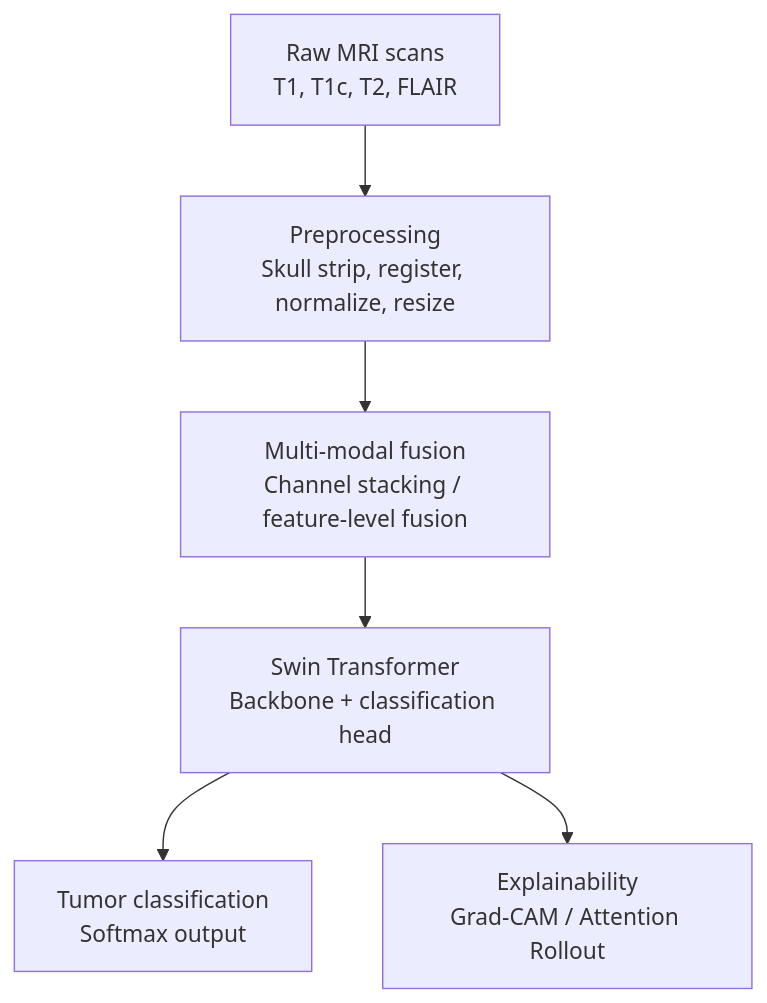
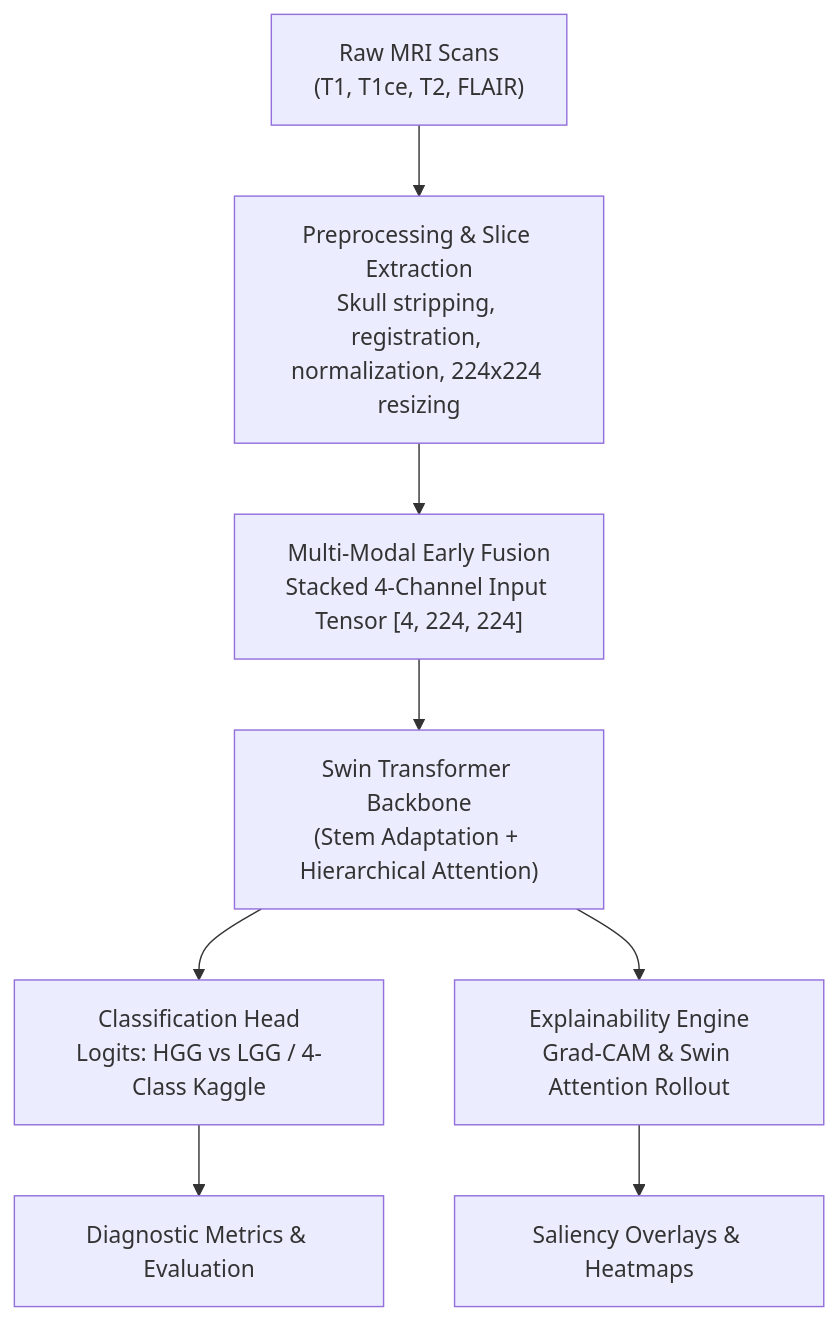
Before and after one commit to krithik9806/Explainable_Brain_Tumor_Diagnosis_Using_Vision_Transformers_and_Multi-Modal_MRI_Fusion: the diagram in README.md, drawn with Mermaid. The commit also changed other lines of this file, not shown here.

````diff
--- a/README.md
+++ b/README.md
@@ -63,8 +65,10 @@
 ```mermaid
 flowchart TD
-    A[Raw MRI scans<br/>T1, T1c, T2, FLAIR] --> B[Preprocessing<br/>Skull strip, register, normalize, resize]
-    B --> C[Multi-modal fusion<br/>Channel stacking / feature-level fusion]
-    C --> D[Swin Transformer<br/>Backbone + classification head]
-    D --> E[Tumor classification<br/>Softmax output]
-    D --> F[Explainability<br/>Grad-CAM / Attention Rollout]
+    A["Raw MRI Scans<br/>(T1, T1ce, T2, FLAIR)"] --> B["Preprocessing & Slice Extraction<br/>Skull stripping, registration, normalization, 224x224 resizing"]
+    B --> C["Multi-Modal Early Fusion<br/>Stacked 4-Channel Input Tensor [4, 224, 224]"]
+    C --> D["Swin Transformer Backbone<br/>(Stem Adaptation + Hierarchical Attention)"]
+    D --> E["Classification Head<br/>Logits: HGG vs LGG / 4-Class Kaggle"]
+    D --> F["Explainability Engine<br/>Grad-CAM & Swin Attention Rollout"]
+    E --> G["Diagnostic Metrics & Evaluation"]
+    F --> H["Saliency Overlays & Heatmaps"]
 ```
````
